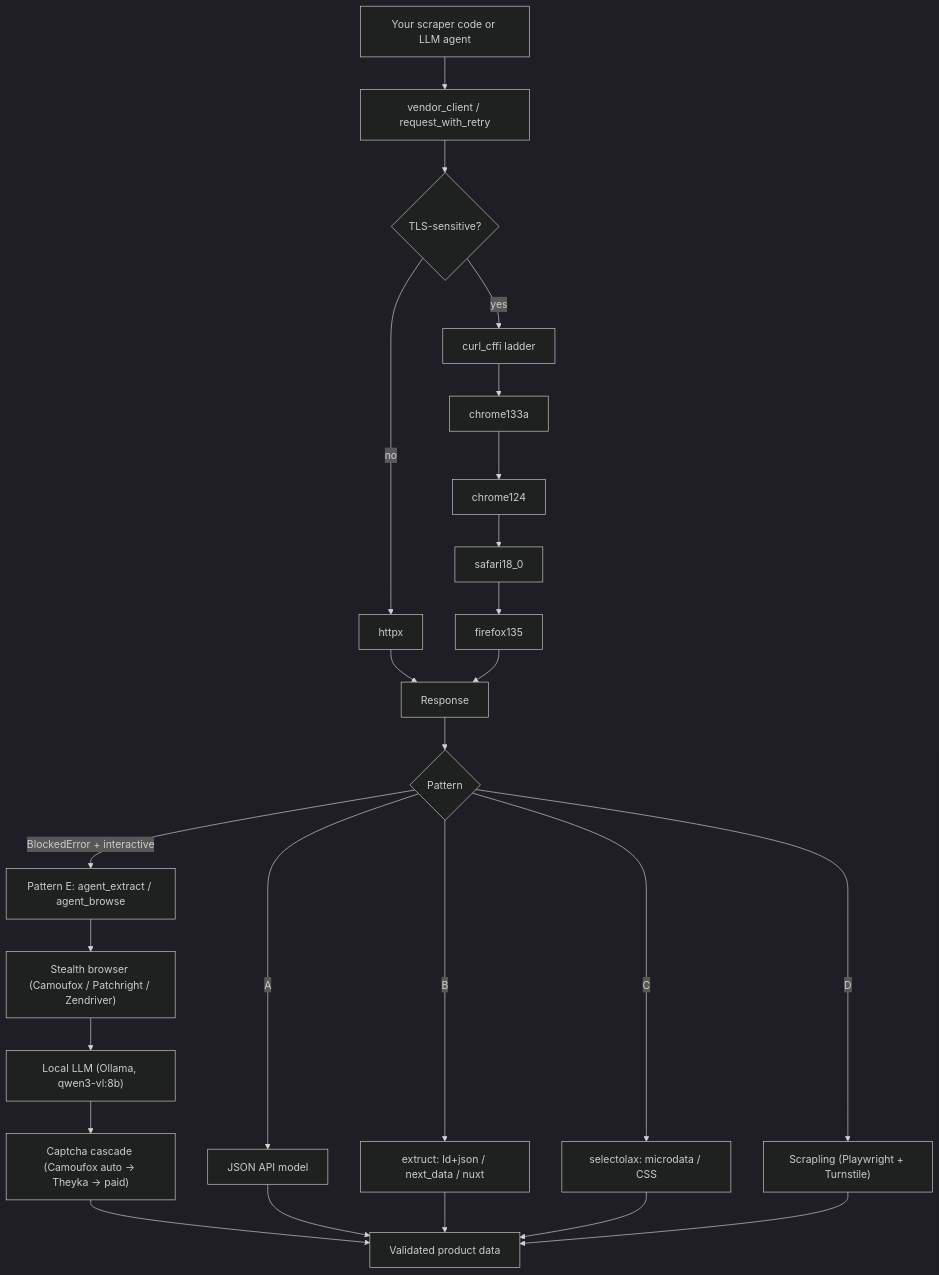
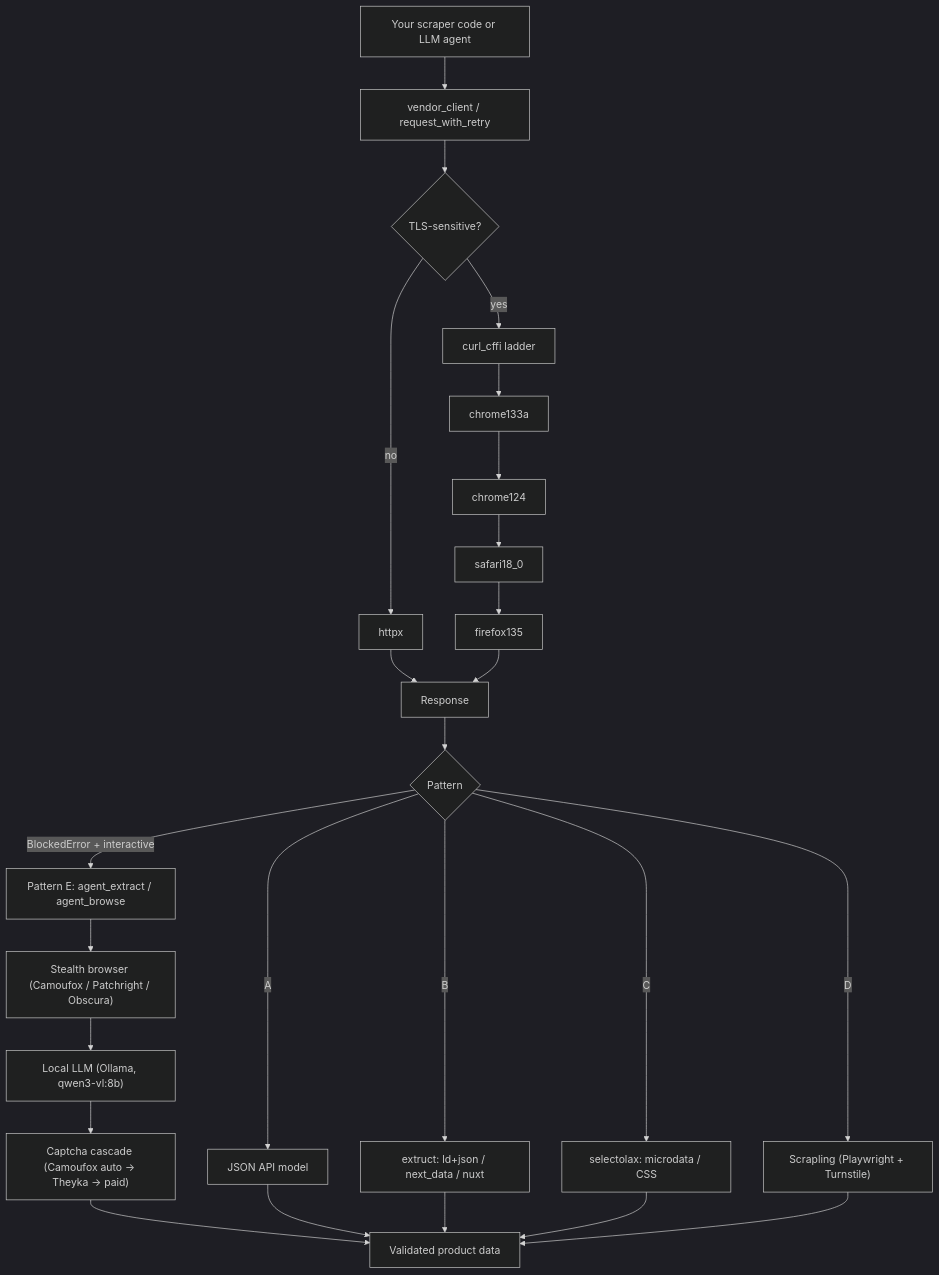
One commit to ValeroK/scrapper-tool changed the diagram in README.md. Above: the diagram before and after it, drawn with Mermaid (dark theme). The commit also changed other lines of this file and 32 other files, not shown here.

First line of the commit message:
feat: wire captcha+behavior into Pattern E, prune Zendriver/Botasaurus, add Obscura

````diff
--- a/README.md
+++ b/README.md
@@ -79,24 +79,24 @@
 ```mermaid
 flowchart TD
     A[Your scraper code or LLM agent] --> B[vendor_client / request_with_retry]
     B --> C{TLS-sensitive?}
     C -- no --> D[httpx]
     C -- yes --> E[curl_cffi ladder]
     E --> E1[chrome133a] --> E2[chrome124] --> E3[safari18_0] --> E4[firefox135]
     D --> F[Response]
     E4 --> F
     F --> G{Pattern}
     G -- A --> H[JSON API model]
     G -- B --> I[extruct: ld+json / next_data / nuxt]
     G -- C --> J[selectolax: microdata / CSS]
     G -- D --> K["Scrapling (Playwright + Turnstile)"]
     G -- "BlockedError + interactive" --> M["Pattern E: agent_extract / agent_browse"]
-    M --> M1["Stealth browser (Camoufox / Patchright / Zendriver)"]
+    M --> M1["Stealth browser (Camoufox / Patchright / Obscura)"]
     M1 --> M2["Local LLM (Ollama, qwen3-vl:8b)"]
     M2 --> M3["Captcha cascade (Camoufox auto → Theyka → paid)"]
     M3 --> L[Validated product data]
     H --> L
     I --> L
     J --> L
     K --> L
 ```
````
